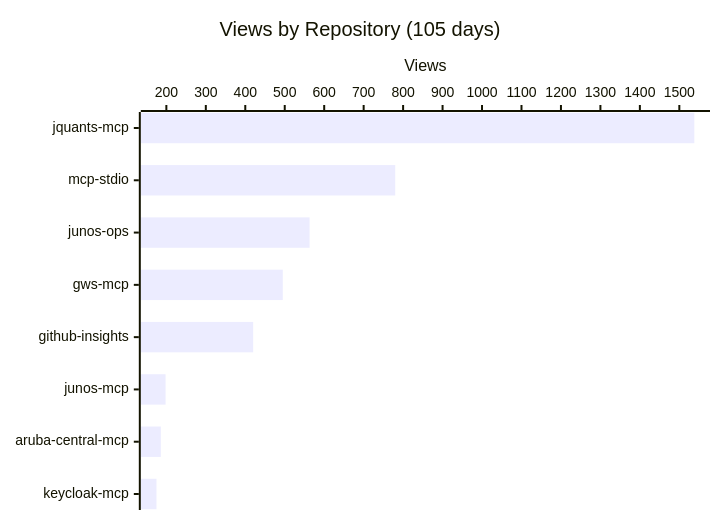
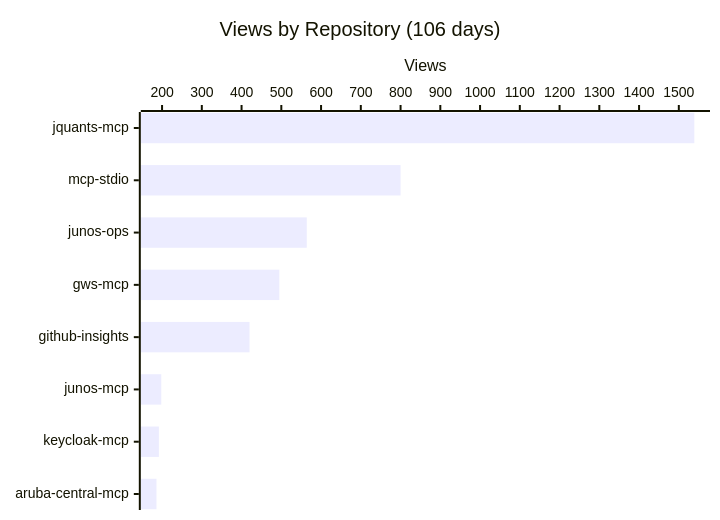
Before and after one commit to shigechika/github-insights: the first of 3 diagrams in README.md, drawn with Mermaid. The commit also changed other lines of this file and 2 other files, not shown here.

````diff
--- a/README.md
+++ b/README.md
@@ -18,7 +18,7 @@
 ```mermaid
 xychart-beta horizontal
-    title "Views by Repository (105 days)"
-    x-axis ["jquants-mcp", "mcp-stdio", "junos-ops", "gws-mcp", "github-insights", "junos-mcp", "aruba-central-mcp", "keycloak-mcp"]
+    title "Views by Repository (106 days)"
+    x-axis ["jquants-mcp", "mcp-stdio", "junos-ops", "gws-mcp", "github-insights", "junos-mcp", "keycloak-mcp", "aruba-central-mcp"]
     y-axis "Views"
-    bar [1538, 780, 563, 495, 420, 198, 186, 175]
+    bar [1539, 800, 564, 495, 420, 198, 192, 186]
 ```
````
